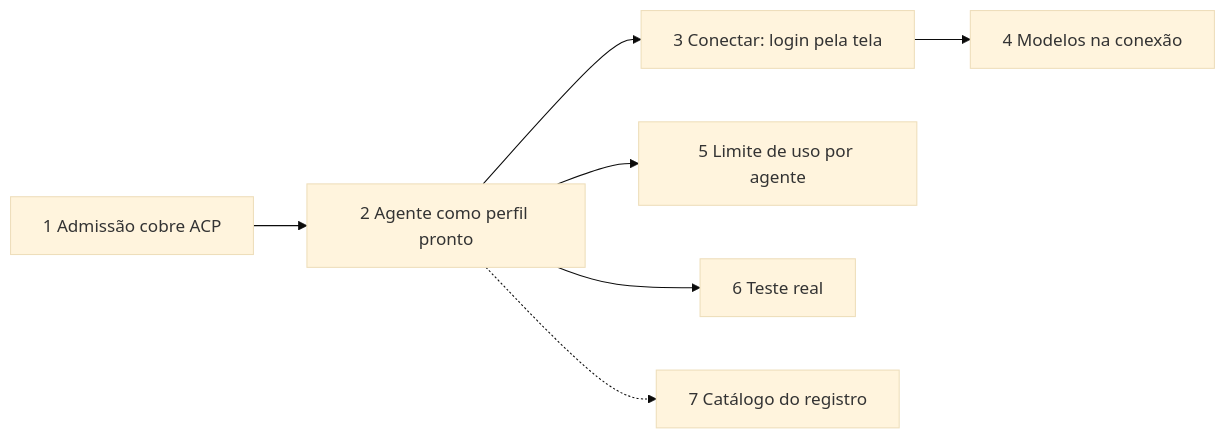
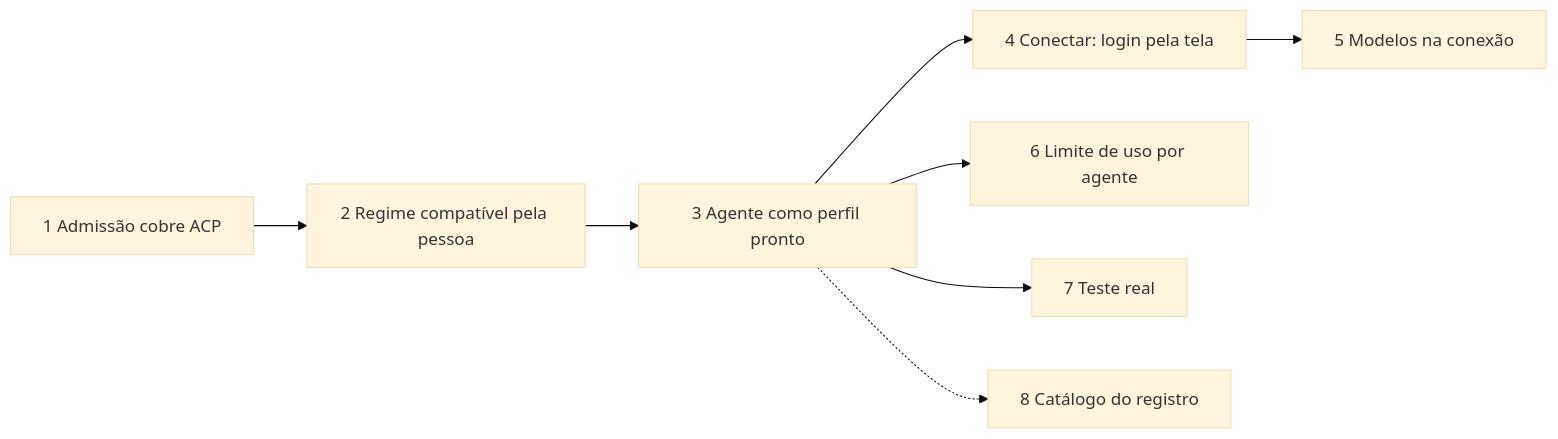
The first of 2 diagrams in docs/decisoes/epica-conectar-ferramenta-por-acp.md (euclidesgc/faz-ai), drawn with Mermaid (base theme) before and after one commit. The commit also changed other lines of this file and 1 other file, not shown here.

First line of the commit message:
Épica ACP: história 2, regime compatível escolhido pela pessoa

````diff
--- a/docs/decisoes/epica-conectar-ferramenta-por-acp.md
+++ b/docs/decisoes/epica-conectar-ferramenta-por-acp.md
@@ -155,9 +181,10 @@
 ```mermaid
 flowchart LR
-  H1[1 Admissão cobre ACP] --> H2[2 Agente como perfil pronto]
-  H2 --> H3[3 Conectar: login pela tela]
-  H3 --> H4[4 Modelos na conexão]
-  H2 --> H5[5 Limite de uso por agente]
-  H2 --> H6[6 Teste real]
-  H2 -.-> H7[7 Catálogo do registro]
+  H1[1 Admissão cobre ACP] --> H2[2 Regime compatível pela pessoa]
+  H2 --> H3[3 Agente como perfil pronto]
+  H3 --> H4[4 Conectar: login pela tela]
+  H4 --> H5[5 Modelos na conexão]
+  H3 --> H6[6 Limite de uso por agente]
+  H3 --> H7[7 Teste real]
+  H3 -.-> H8[8 Catálogo do registro]
 ```
````
